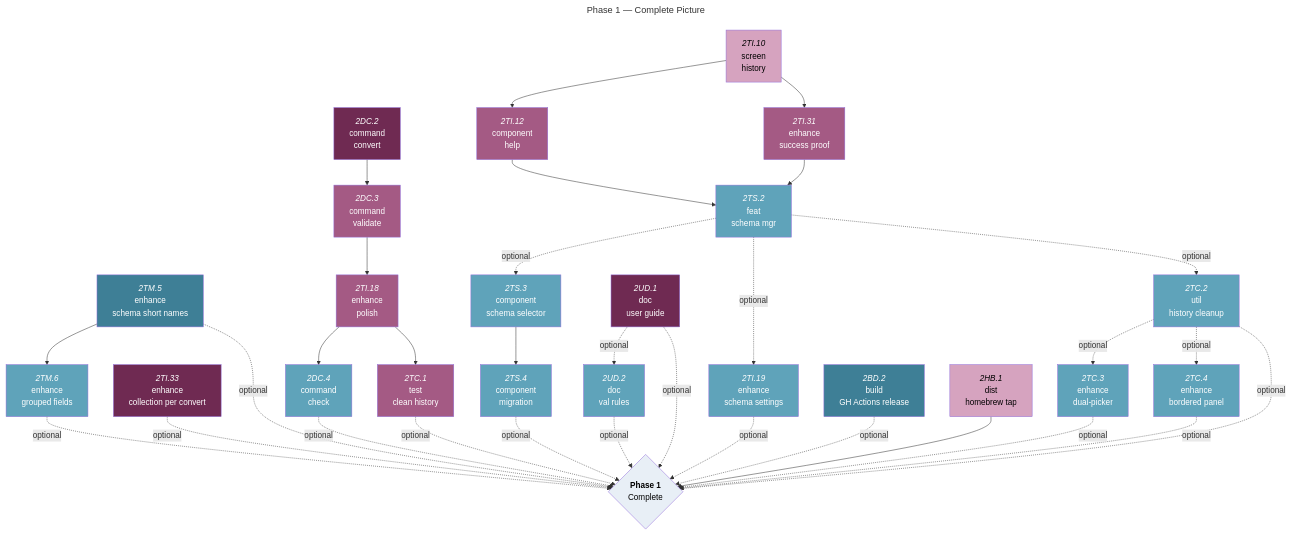
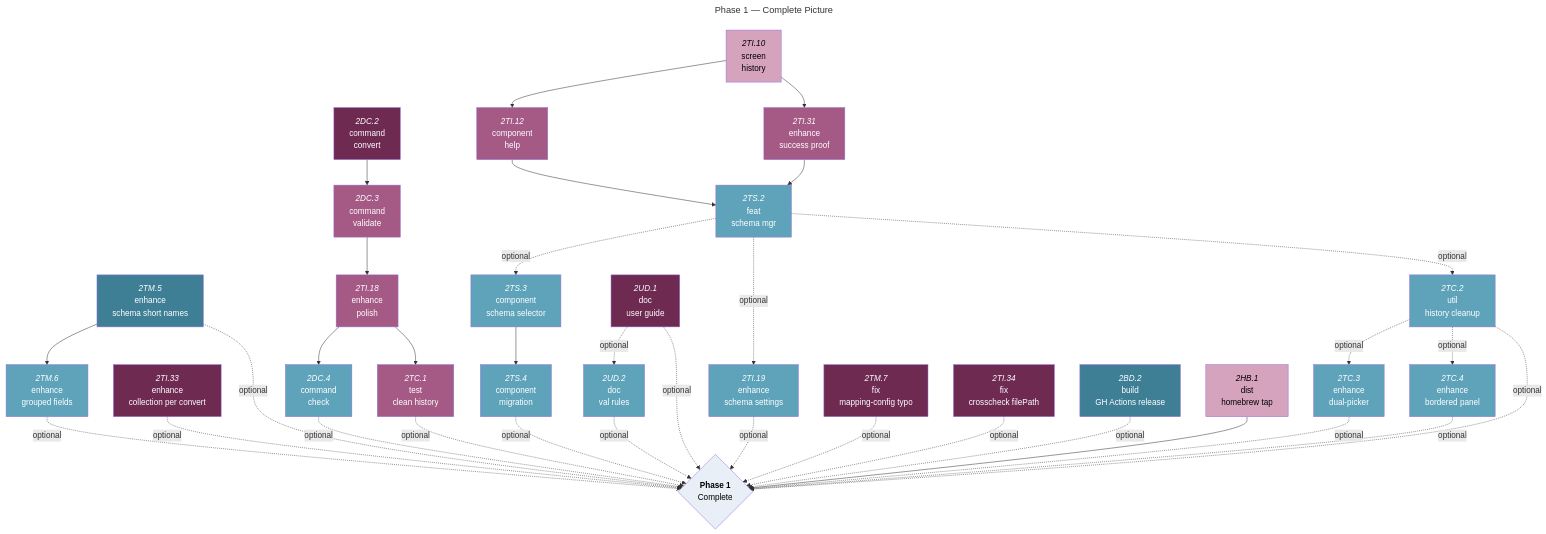
The fifth of 5 diagrams in docs/roadmaps/2026-q1/phase-1-mvp-features.md (foundersandcoders/iris), drawn with Mermaid before and after one commit. The commit also changed other lines of this file, not shown here.

Commit message:
docs: archive old roadmap

````diff
--- a/docs/roadmaps/2026-q1/phase-1-mvp-features.md
+++ b/docs/roadmaps/2026-q1/phase-1-mvp-features.md
@@ -361,66 +365,68 @@
 ```mermaid
 ---
 title: Phase 1 — Complete Picture
 ---
 graph TD
 
 %% M2B Tasks %%
 2DC.2["`*2DC.2*<br/>command<br/>convert`"]:::should-open
 2DC.3["`*2DC.3*<br/>command<br/>validate`"]:::should-blocked
 2DC.4["`*2DC.4*<br/>command<br/>check`"]:::could-blocked
 
 %% M2C Tasks %%
 2TI.10["`*2TI.10*<br/>screen<br/>history`"]:::must-open
 2TI.12["`*2TI.12*<br/>component<br/>help`"]:::should-blocked
 2TI.31["`*2TI.31*<br/>enhance<br/>success proof`"]:::should-blocked
 2TI.33["`*2TI.33*<br/>enhance<br/>collection per convert`"]:::should-open
 2TM.5["`*2TM.5*<br/>enhance<br/>schema short names`"]:::could-open
 2TM.6["`*2TM.6*<br/>enhance<br/>grouped fields`"]:::could-blocked
 2TS.2["`*2TS.2*<br/>feat<br/>schema mgr`"]:::could-blocked
 2TS.3["`*2TS.3*<br/>component<br/>schema selector`"]:::could-blocked
 2TS.4["`*2TS.4*<br/>component</br>migration`"]:::could-blocked
 2TI.19["`*2TI.19*<br/>enhance<br/>schema settings`"]:::could-blocked
 2TI.18["`*2TI.18*<br/>enhance<br/>polish`"]:::should-blocked
 2TC.1["`*2TC.1*<br/>test<br/>clean history`"]:::should-blocked
 2UD.1["`*2UD.1*<br/>doc<br/>user guide`"]:::should-open
 2UD.2["`*2UD.2*<br/>doc<br/>val rules`"]:::could-blocked
 2TC.2["`*2TC.2*<br/>util<br/>history cleanup`"]:::could-blocked
 2TC.3["`*2TC.3*<br/>enhance<br/>dual-picker`"]:::could-blocked
 2TC.4["`*2TC.4*<br/>enhance<br/>bordered panel`"]:::could-blocked
+2TM.7["`*2TM.7*<br/>fix<br/>mapping-config typo`"]:::should-open
+2TI.34["`*2TI.34*<br/>fix<br/>crosscheck filePath`"]:::should-open
 
 %% Build & Distribution %%
 2BD.2["`*2BD.2*<br/>build<br/>GH Actions release`"]:::could-open
 2HB.1["`*2HB.1*<br/>dist<br/>homebrew tap`"]:::must-open
 
 %% Milestone nodes %%
 phase1{"`**Phase 1**<br/>Complete`"}:::mile
 
 %% M2B Dependencies %%
 2DC.2 --> 2DC.3
 2DC.3 --> 2TI.18
 
 %% M2C Dependencies %%
 2TM.5 --> 2TM.6
 2TI.10 --> 2TI.12 & 2TI.31
 2TI.12 & 2TI.31 --> 2TS.2
 2TI.18 --> 2DC.4 & 2TC.1
 2TS.3 --> 2TS.4
 
 %% M2D Dependencies %%
 2HB.1 --> phase1
 
 %% OPTIONAL %%
 2BD.2 -.->|optional| phase1
 2UD.1 -.->|optional| 2UD.2 & phase1
 2TS.2 -.->|optional| 2TS.3 & 2TI.19 & 2TC.2
 2TC.2 -.->|optional| 2TC.3 & 2TC.4
-2TI.33 & 2TM.5 & 2TM.6 & 2DC.4 & 2TI.19 & 2TS.4 & 2UD.2 & 2TC.1 & 2TC.2 & 2TC.3 & 2TC.4 -.->|optional| phase1
+2TI.33 & 2TM.5 & 2TM.6 & 2DC.4 & 2TI.19 & 2TS.4 & 2UD.2 & 2TC.1 & 2TC.2 & 2TC.3 & 2TC.4 & 2TM.7 & 2TI.34 -.->|optional| phase1
 
 classDef must-open fill:#D6A3BF,color:#000;
 classDef must-blocked fill:#F3D8E6,color:#000;
 classDef should-open fill:#6F2A52,color:#fff;
 classDef should-blocked fill:#A45A84,color:#fff;
 classDef could-open fill:#3E7F96,color:#fff;
 classDef could-blocked fill:#5FA3BA,color:#fff;
 classDef mile fill:#E8EFF6,color:#000;
 ```
````
